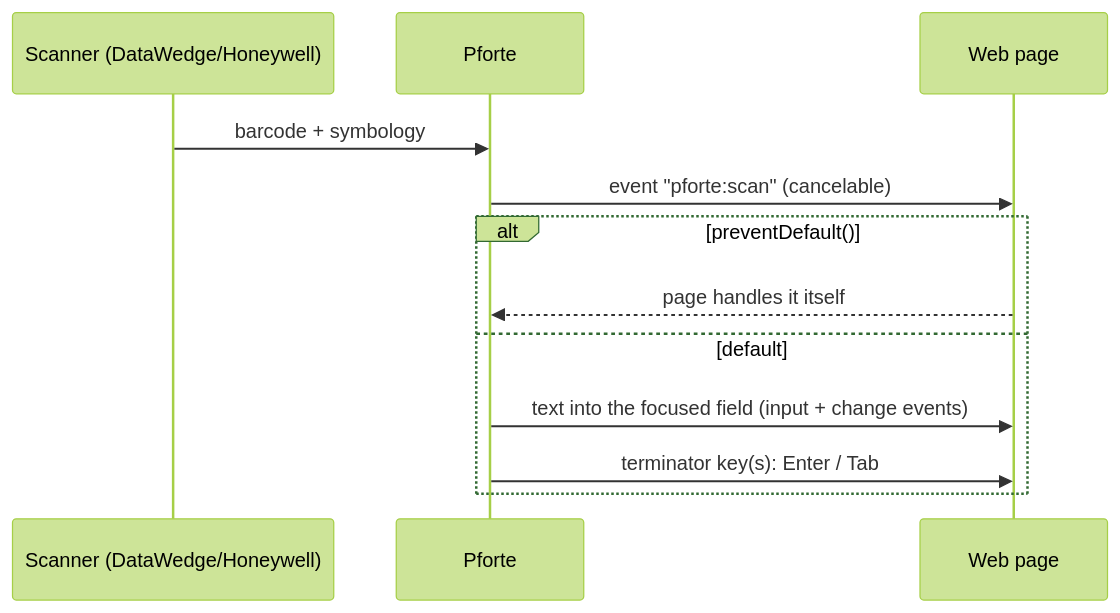
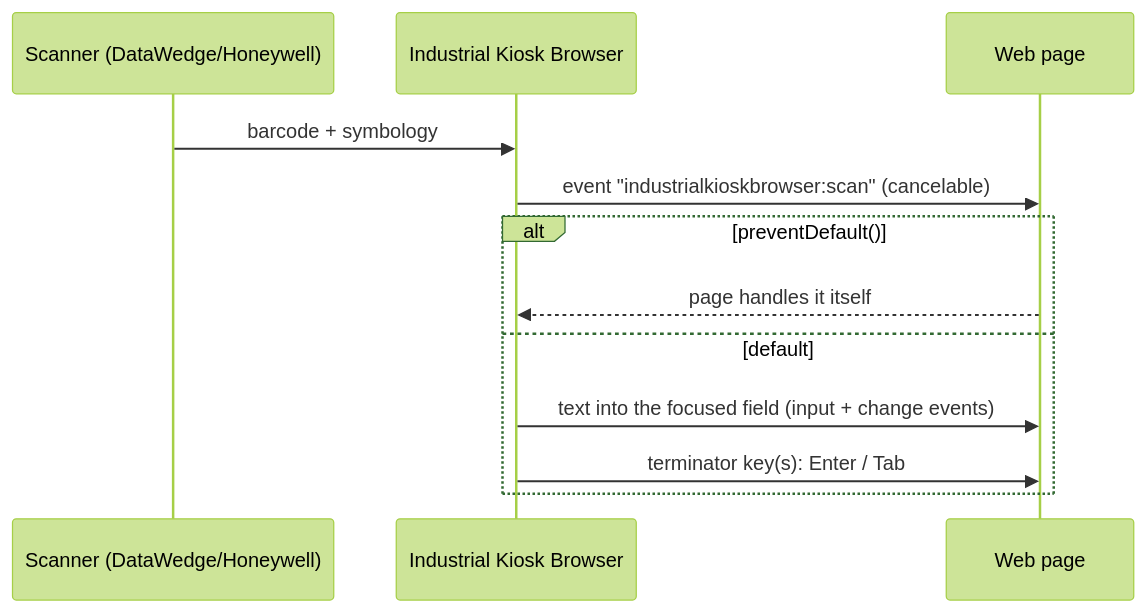
Before and after one commit to ict-baden/industrialkioskbrowser: the diagram in docs/web-integration.md, drawn with Mermaid (forest theme). The commit also changed other lines of this file and 131 other files, not shown here.

First line of the commit message:
Umbenennung in Industrial Kiosk Browser (Paket de.ictbaden.industrialkioskbrowser)

````diff
--- a/docs/web-integration.md
+++ b/docs/web-integration.md
@@ -11,14 +11,14 @@
 ```mermaid
 sequenceDiagram
   participant S as Scanner (DataWedge/Honeywell)
-  participant A as Pforte
+  participant A as Industrial Kiosk Browser
   participant P as Web page
   S->>A: barcode + symbology
-  A->>P: event "pforte:scan" (cancelable)
+  A->>P: event "industrialkioskbrowser:scan" (cancelable)
   alt preventDefault()
     P-->>A: page handles it itself
   else default
     A->>P: text into the focused field (input + change events)
     A->>P: terminator key(s): Enter / Tab
   end
 ```
````
